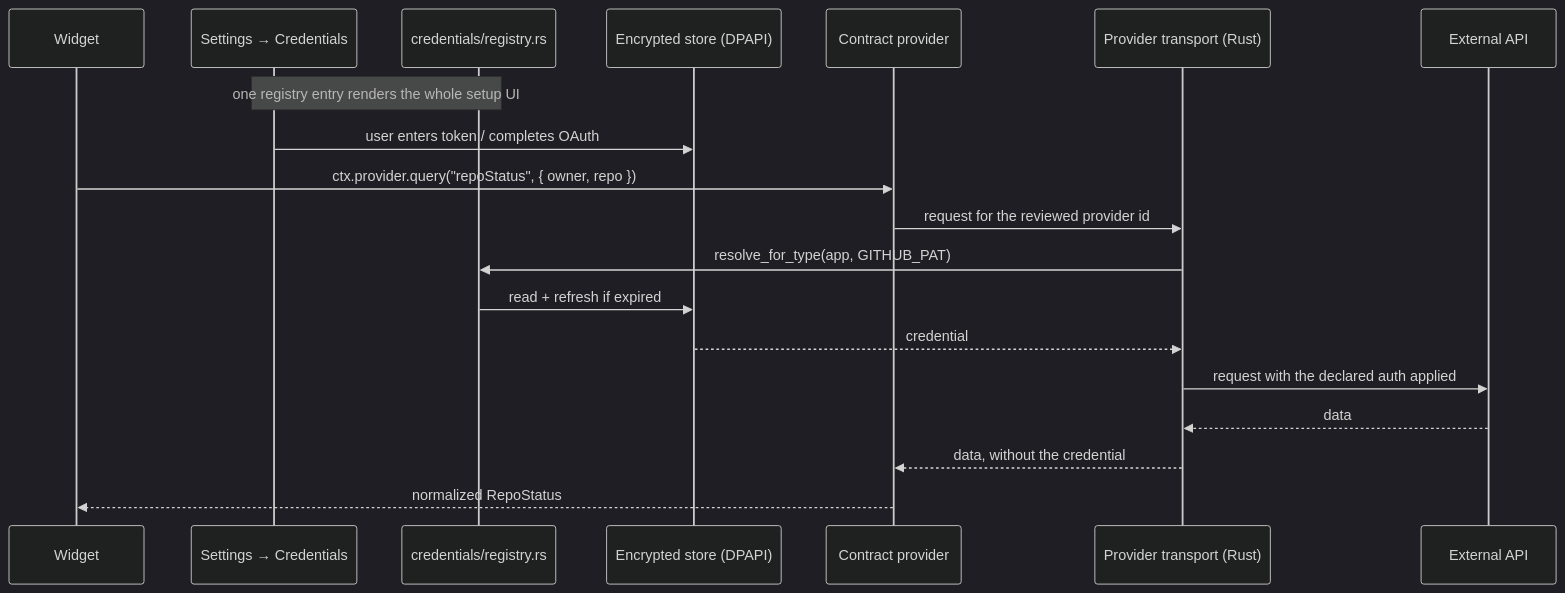
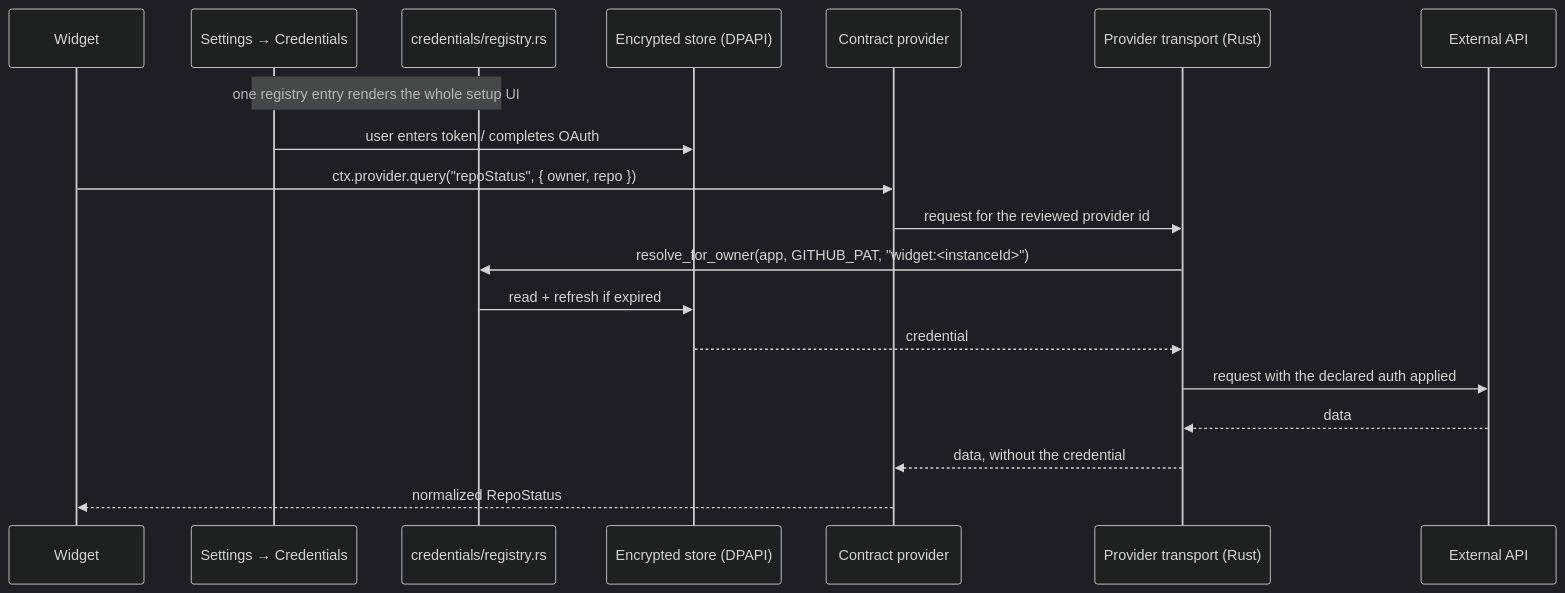
The sixth of 6 diagrams in docs/architecture.md (kavibay/kavibay), drawn with Mermaid (dark theme) before and after one commit. The commit also changed other lines of this file and 140 other files, not shown here.

````diff
--- a/docs/architecture.md
+++ b/docs/architecture.md
@@ -380,22 +386,22 @@
 ```mermaid
 sequenceDiagram
     participant W as Widget
     participant Set as Settings → Credentials
     participant Reg as credentials/registry.rs
     participant Store as Encrypted store (DPAPI)
     participant P as Contract provider
     participant Mod as Provider transport (Rust)
     participant API as External API
 
     Note over Reg,Set: one registry entry renders the whole setup UI
     Set->>Store: user enters token / completes OAuth
     W->>P: ctx.provider.query("repoStatus", { owner, repo })
     P->>Mod: request for the reviewed provider id
-    Mod->>Reg: resolve_for_type(app, GITHUB_PAT)
+    Mod->>Reg: resolve_for_owner(app, GITHUB_PAT, "widget:<instanceId>")
     Reg->>Store: read + refresh if expired
     Store-->>Mod: credential
     Mod->>API: request with the declared auth applied
     API-->>Mod: data
     Mod-->>P: data, without the credential
     P-->>W: normalized RepoStatus
 ```
````
